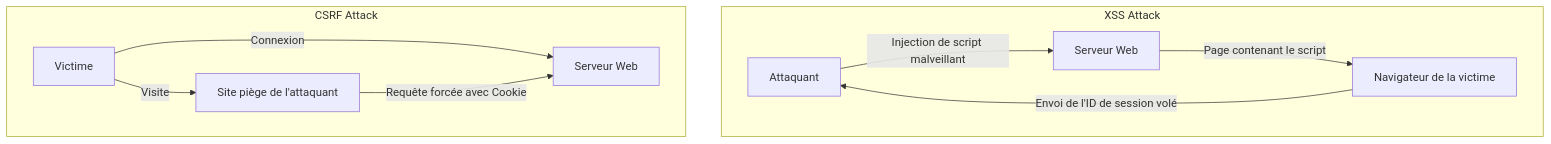
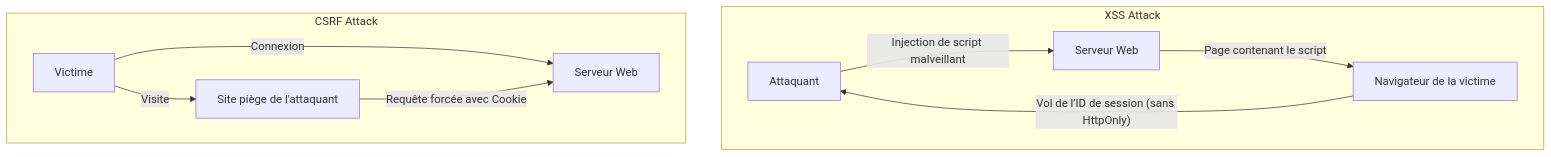
The diagram in content/post/cross-site-scripting-xss-csrf-security/index.fr.md (kenjinote/blog), drawn with Mermaid before and after one commit. The commit also changed other lines of this file and 21 other files, not shown here.

````diff
--- a/content/post/cross-site-scripting-xss-csrf-security/index.fr.md
+++ b/content/post/cross-site-scripting-xss-csrf-security/index.fr.md
@@ -134,14 +137,14 @@
 ```mermaid
 graph TD
     subgraph XSS Attack
         A["Attaquant"] -- "Injection de script malveillant" --> B["Serveur Web"]
         B -- "Page contenant le script" --> C["Navigateur de la victime"]
-        C -- "Envoi de l'ID de session volé" --> A
+        C -- "Vol de l’ID de session (sans HttpOnly)" --> A
     end
 
     subgraph CSRF Attack
         D["Victime"] -- "Connexion" --> E["Serveur Web"]
         D -- "Visite" --> F["Site piège de l'attaquant"]
         F -- "Requête forcée avec Cookie" --> E
     end
 ```
````
